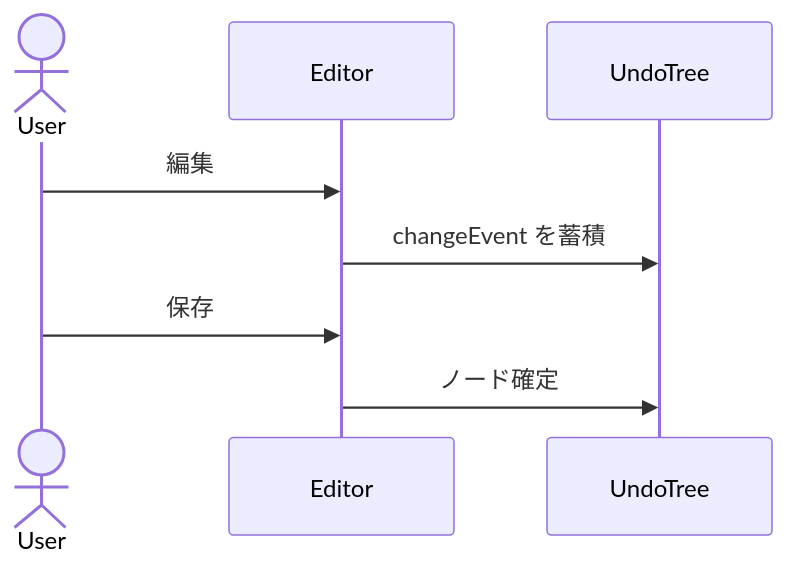
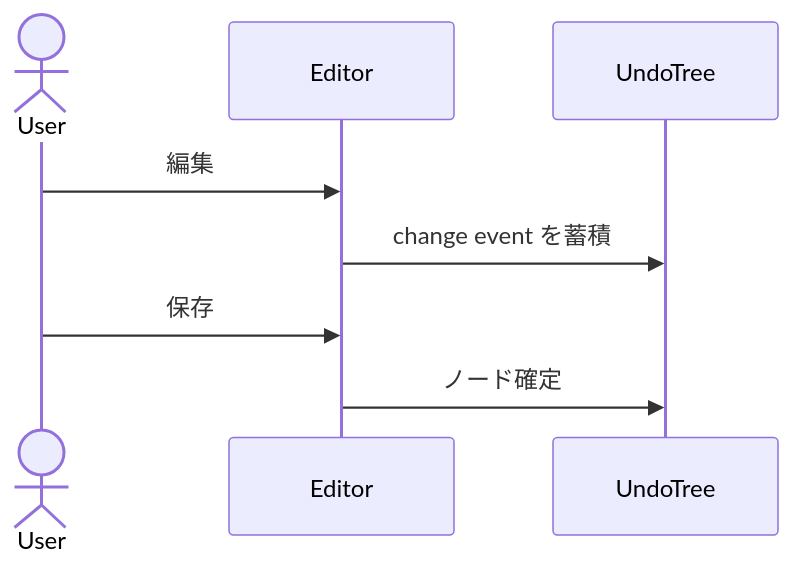
The fourth of 5 diagrams in README_ja.md (mmiyaji/vscode-undotree), drawn with Mermaid before and after one commit. The commit also changed other lines of this file and 7 other files, not shown here.

````diff
--- a/README_ja.md
+++ b/README_ja.md
@@ -227,11 +264,11 @@
 ```mermaid
 sequenceDiagram
   actor User
   participant Editor
   participant UndoTree
 
   User->>Editor: 編集
-  Editor->>UndoTree: changeEvent を蓄積
+  Editor->>UndoTree: change event を蓄積
   User->>Editor: 保存
   Editor->>UndoTree: ノード確定
 ```
````
